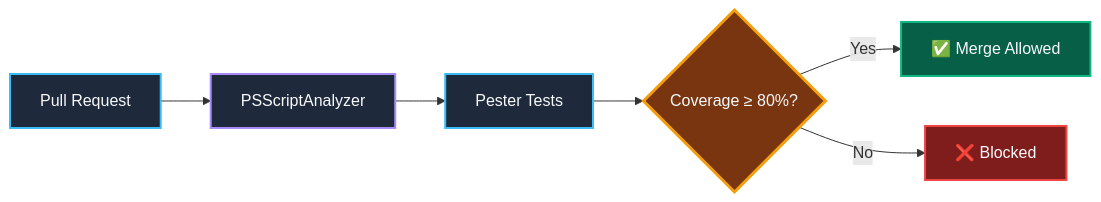
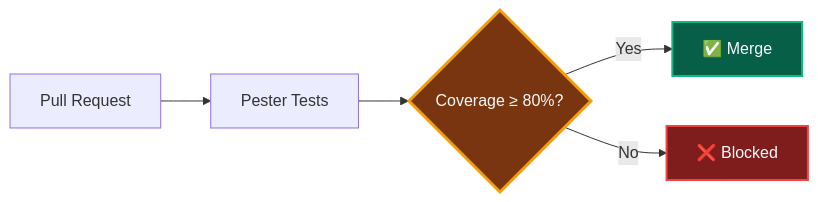
Before and after one commit to gitpavleenbali/Pester-Workshop: the second of 2 diagrams in Pester-Delivery/Day-2/Modules/04. Advanced-Pester-Patterns.md, drawn with Mermaid. The commit also changed other lines of this file, not shown here.

````diff
--- a/Pester-Delivery/Day-2/Modules/04. Advanced-Pester-Patterns.md
+++ b/Pester-Delivery/Day-2/Modules/04. Advanced-Pester-Patterns.md
@@ -78,16 +57,11 @@
 ```mermaid
 graph LR
-    PR["Pull Request"]
-    PR --> LINT["PSScriptAnalyzer"]
-    LINT --> TEST["Pester Tests"]
+    PR["Pull Request"] --> TEST["Pester Tests"]
     TEST --> COV{"Coverage ≥ 80%?"}
-    COV -- Yes --> MERGE["✅ Merge Allowed"]
+    COV -- Yes --> MERGE["✅ Merge"]
     COV -- No --> BLOCK["❌ Blocked"]
 
-    style PR fill:#1e293b,stroke:#38bdf8,color:#f8fafc,stroke-width:2px
-    style LINT fill:#1e293b,stroke:#a78bfa,color:#f8fafc,stroke-width:2px
-    style TEST fill:#1e293b,stroke:#38bdf8,color:#f8fafc,stroke-width:2px
     style COV fill:#78350f,stroke:#f59e0b,color:#f8fafc,stroke-width:3px
     style MERGE fill:#065f46,stroke:#10b981,color:#f8fafc,stroke-width:2px
     style BLOCK fill:#7f1d1d,stroke:#ef4444,color:#f8fafc,stroke-width:2px
 ```
````
